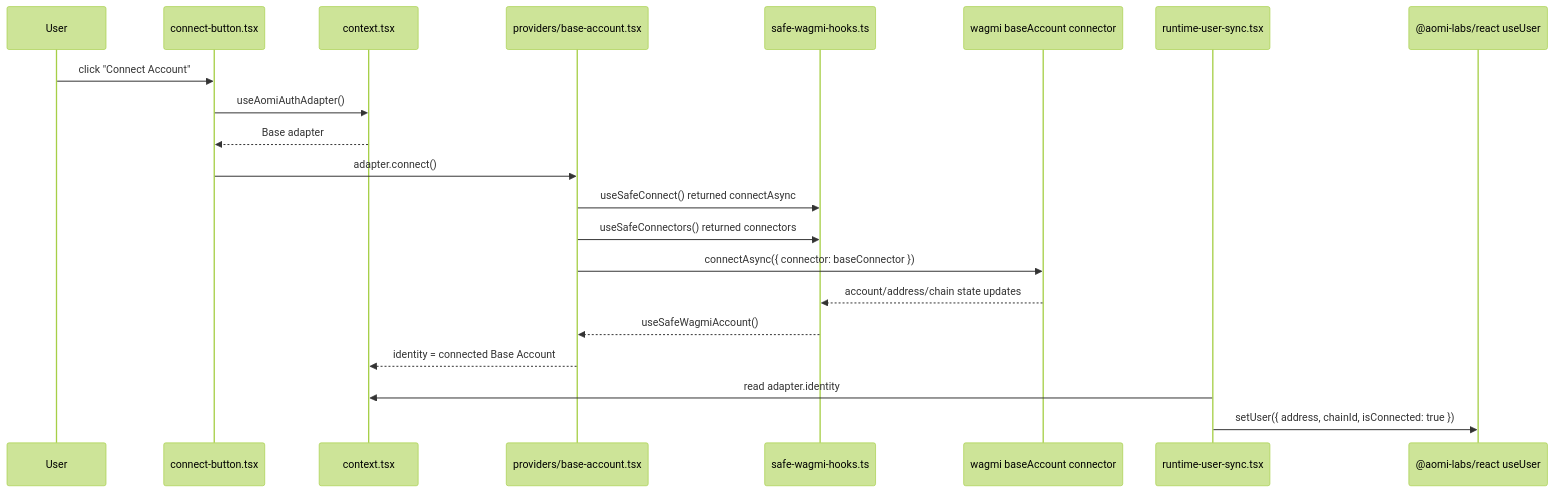
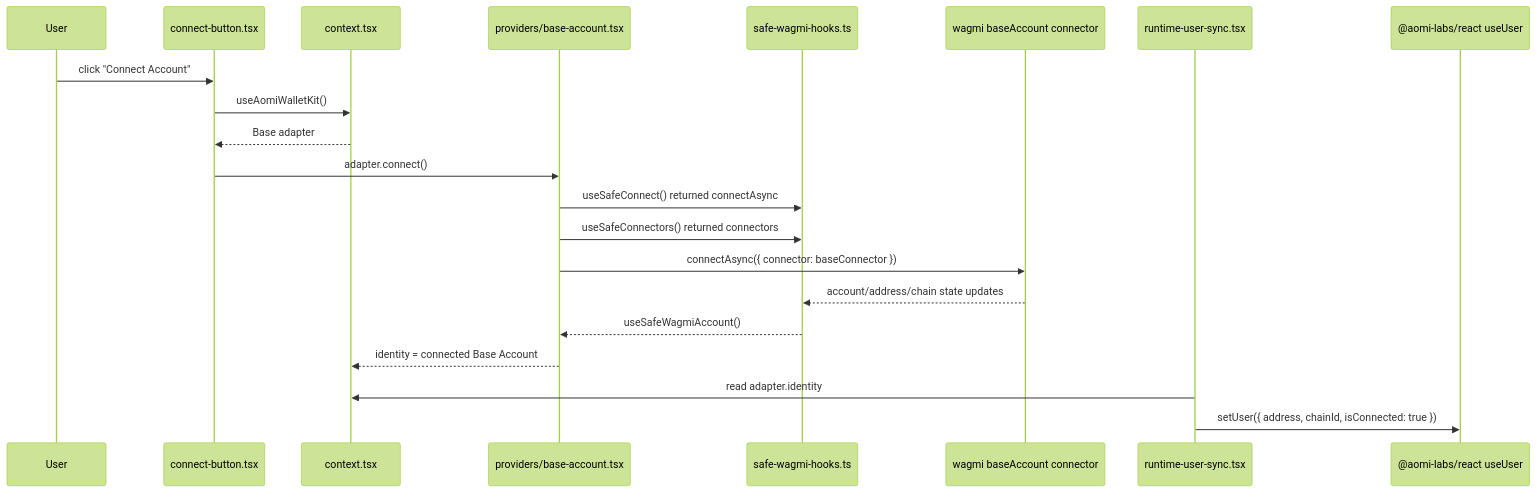
The sixth of 24 diagrams in specs/WALLET-ADAPTERS-ARCH.md (aomi-labs/aomi-widget), drawn with Mermaid (forest theme) before and after one commit. The commit also changed other lines of this file and 200 other files, not shown here.

````diff
--- a/specs/WALLET-ADAPTERS-ARCH.md
+++ b/specs/WALLET-ADAPTERS-ARCH.md
@@ -481,24 +481,24 @@
 ```mermaid
 sequenceDiagram
   participant User
   participant CB as connect-button.tsx
   participant Ctx as context.tsx
   participant Base as providers/base-account.tsx
   participant Safe as safe-wagmi-hooks.ts
   participant Wagmi as wagmi baseAccount connector
   participant Sync as runtime-user-sync.tsx
   participant UserCtx as @aomi-labs/react useUser
 
   User->>CB: click "Connect Account"
-  CB->>Ctx: useAomiAuthAdapter()
+  CB->>Ctx: useAomiWalletKit()
   Ctx-->>CB: Base adapter
   CB->>Base: adapter.connect()
   Base->>Safe: useSafeConnect() returned connectAsync
   Base->>Safe: useSafeConnectors() returned connectors
   Base->>Wagmi: connectAsync({ connector: baseConnector })
   Wagmi-->>Safe: account/address/chain state updates
   Safe-->>Base: useSafeWagmiAccount()
   Base-->>Ctx: identity = connected Base Account
   Sync->>Ctx: read adapter.identity
   Sync->>UserCtx: setUser({ address, chainId, isConnected: true })
 ```
````
